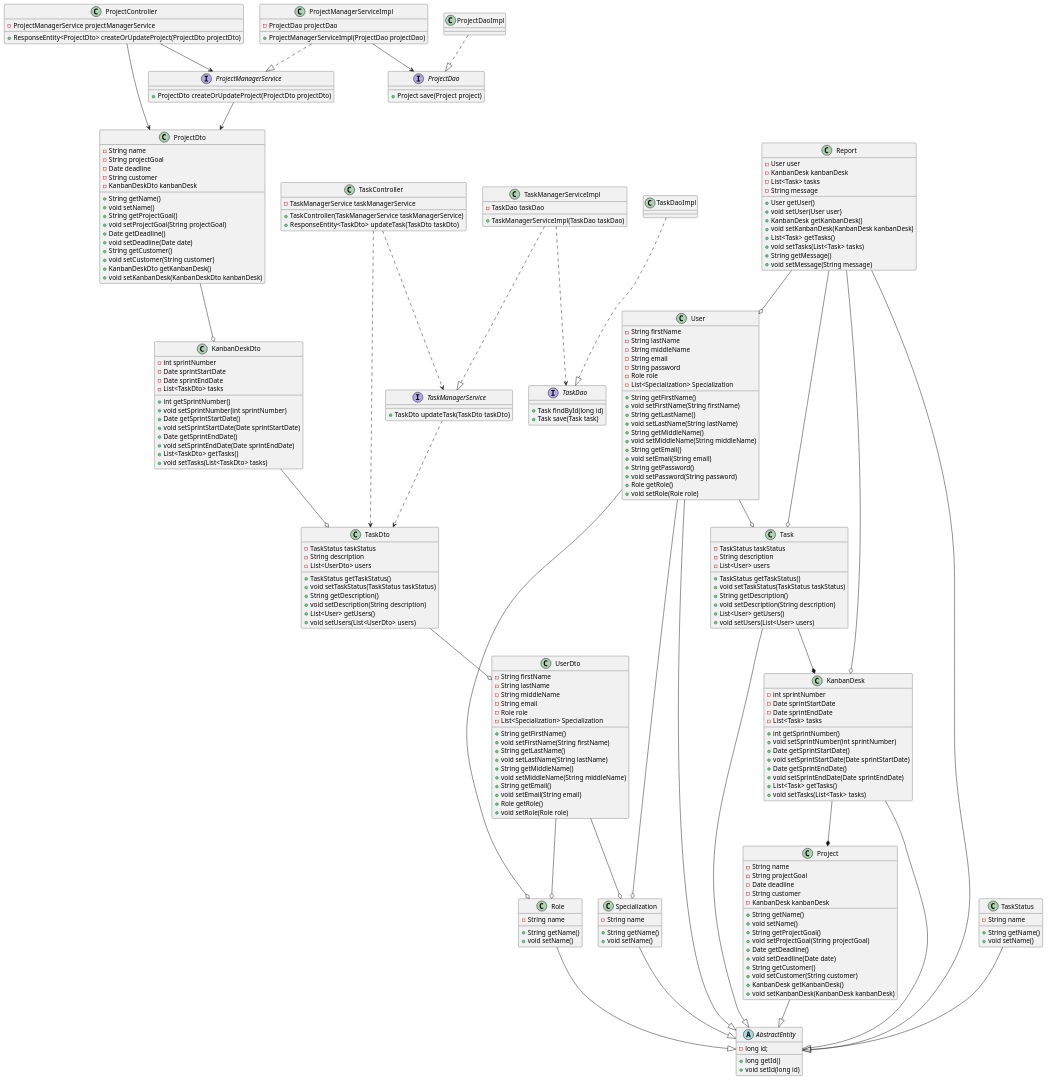
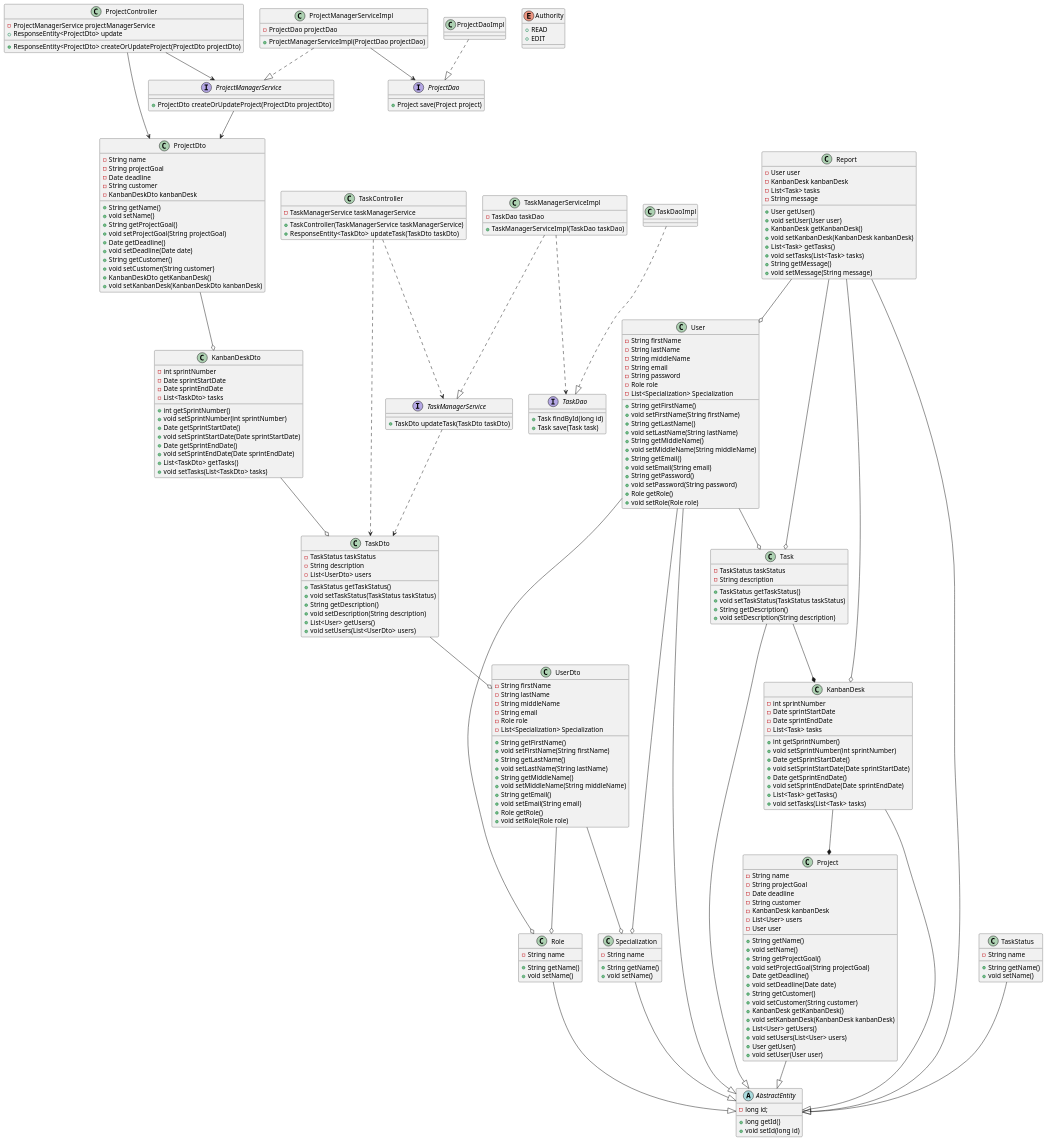
The diagram in classes.wsd (penamarth/bsbo-02-21_team_var7_erp), drawn with PlantUML before and after one commit.

Commit message:
Измненение идеи разграничения прав

```diff
--- a/classes.wsd
+++ b/classes.wsd
@@ -59,6 +59,8 @@
     - Date deadline
     - String customer
     - KanbanDesk kanbanDesk
+    - List<User> users
+    - User user
     + String getName()
     + void setName()
     + String getProjectGoal()
@@ -69,6 +71,10 @@
     + void setCustomer(String customer)
     + KanbanDesk getKanbanDesk()
     + void setKanbanDesk(KanbanDesk kanbanDesk)
+    + List<User> getUsers()
+    + void setUsers(List<User> users)
+    + User getUser()
+    + void setUser(User user)
 }
 class ProjectDto
 {
@@ -98,13 +104,10 @@
 {
     - TaskStatus taskStatus
     - String description
-    - List<User> users
     + TaskStatus getTaskStatus()
     + void setTaskStatus(TaskStatus taskStatus)
     + String getDescription()
     + void setDescription(String description)
-    + List<User> getUsers()
-    + void setUsers(List<User> users)
 }
 class TaskDto
 {
@@ -196,6 +199,7 @@
 {
     - ProjectManagerService projectManagerService
     + ResponseEntity<ProjectDto> createOrUpdateProject(ProjectDto projectDto)
+    + ResponseEntity<ProjectDto> update
 }
 interface TaskManagerService
 {
@@ -214,6 +218,11 @@
 {
     - ProjectDao projectDao
     + ProjectManagerServiceImpl(ProjectDao projectDao)
+}
+enum Authority
+{
+    + READ
+    + EDIT
 }
 
 User --|> AbstractEntity
```
